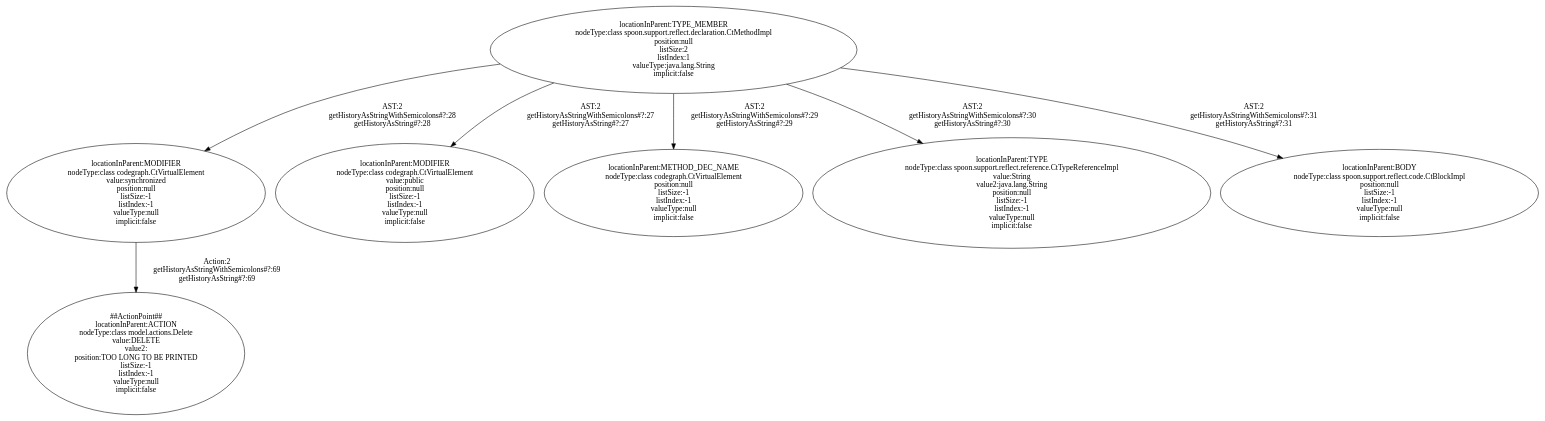
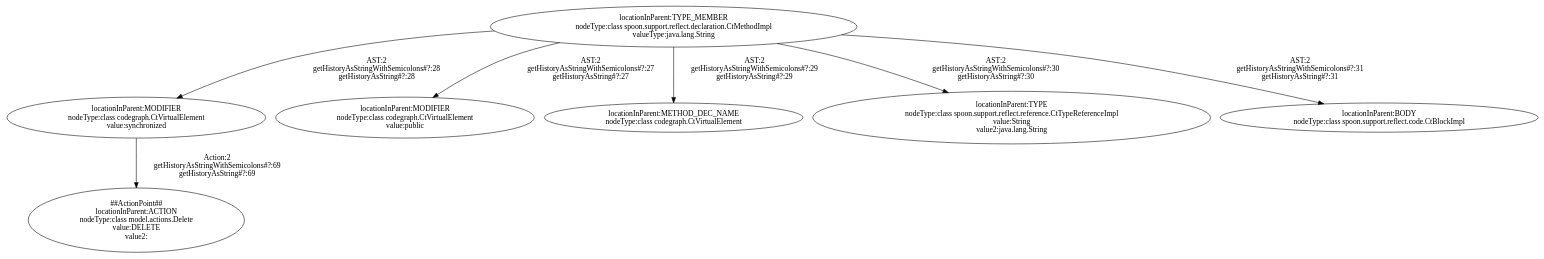
The diagram in codegraph4spoon/out/c3_drjava_927_pattern_abstract_0.dot (ssmingz/FixGen), drawn with Graphviz before and after one commit. The commit also changed 10 other files, not shown here.

Commit message:
delete "position","listIndex","listSize","implicit" in PatternNode._comparedAttrs and set these as features of a pattern node

```diff
--- a/codegraph4spoon/out/c3_drjava_927_pattern_abstract_0.dot
+++ b/codegraph4spoon/out/c3_drjava_927_pattern_abstract_0.dot
@@ -1,76 +1,42 @@
 digraph "Pattern" {
 0 [label="##ActionPoint##
 locationInParent:ACTION
 nodeType:class model.actions.Delete
 value:DELETE
-value2:
-position:TOO LONG TO BE PRINTED
-listSize:-1
-listIndex:-1
-valueType:null
-implicit:false" shape=ellipse]
+value2:" shape=ellipse]
 1 [label="locationInParent:MODIFIER
 nodeType:class codegraph.CtVirtualElement
-value:synchronized
-position:null
-listSize:-1
-listIndex:-1
-valueType:null
-implicit:false" shape=ellipse]
+value:synchronized" shape=ellipse]
 2 [label="locationInParent:TYPE_MEMBER
 nodeType:class spoon.support.reflect.declaration.CtMethodImpl
-position:null
-listSize:2
-listIndex:1
-valueType:java.lang.String
-implicit:false" shape=ellipse]
+valueType:java.lang.String" shape=ellipse]
 3 [label="locationInParent:MODIFIER
 nodeType:class codegraph.CtVirtualElement
-value:public
-position:null
-listSize:-1
-listIndex:-1
-valueType:null
-implicit:false" shape=ellipse]
+value:public" shape=ellipse]
 4 [label="locationInParent:METHOD_DEC_NAME
-nodeType:class codegraph.CtVirtualElement
-position:null
-listSize:-1
-listIndex:-1
-valueType:null
-implicit:false" shape=ellipse]
+nodeType:class codegraph.CtVirtualElement" shape=ellipse]
 5 [label="locationInParent:TYPE
 nodeType:class spoon.support.reflect.reference.CtTypeReferenceImpl
 value:String
-value2:java.lang.String
-position:null
-listSize:-1
-listIndex:-1
-valueType:null
-implicit:false" shape=ellipse]
+value2:java.lang.String" shape=ellipse]
 6 [label="locationInParent:BODY
-nodeType:class spoon.support.reflect.code.CtBlockImpl
-position:null
-listSize:-1
-listIndex:-1
-valueType:null
-implicit:false" shape=ellipse]
+nodeType:class spoon.support.reflect.code.CtBlockImpl" shape=ellipse]
 1 -> 0 [label="Action:2
 getHistoryAsStringWithSemicolons#?:69
 getHistoryAsString#?:69"];
 2 -> 1 [label="AST:2
 getHistoryAsStringWithSemicolons#?:28
 getHistoryAsString#?:28"];
 2 -> 3 [label="AST:2
 getHistoryAsStringWithSemicolons#?:27
 getHistoryAsString#?:27"];
 2 -> 4 [label="AST:2
 getHistoryAsStringWithSemicolons#?:29
 getHistoryAsString#?:29"];
 2 -> 5 [label="AST:2
 getHistoryAsStringWithSemicolons#?:30
 getHistoryAsString#?:30"];
 2 -> 6 [label="AST:2
 getHistoryAsStringWithSemicolons#?:31
 getHistoryAsString#?:31"];
 }
```
